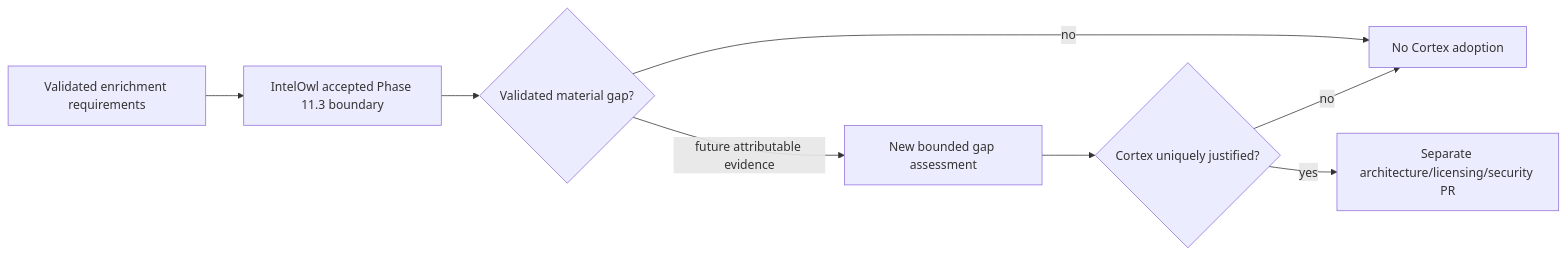
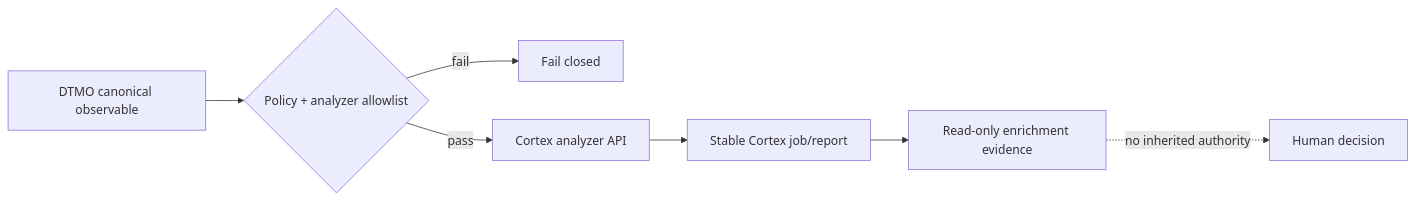
The diagram in docs/project/CURRENT_STATE.md (GJvManen/dtmo), drawn with Mermaid before and after one commit. The commit also changed other lines of this file, not shown here.

Commit message:
Phase 11.7A: activate bounded Cortex connector re-entry

````diff
--- a/docs/project/CURRENT_STATE.md
+++ b/docs/project/CURRENT_STATE.md
@@ -46,10 +45,9 @@
 ```mermaid
 flowchart LR
-    R[Validated enrichment requirements] --> I[IntelOwl accepted Phase 11.3 boundary]
-    I --> G{Validated material gap?}
-    G -->|no| N[No Cortex adoption]
-    G -->|future attributable evidence| A[New bounded gap assessment]
-    A --> C{Cortex uniquely justified?}
-    C -->|yes| P[Separate architecture/licensing/security PR]
-    C -->|no| N
+    D[DTMO canonical observable] --> P{Policy + analyzer allowlist}
+    P -->|fail| X[Fail closed]
+    P -->|pass| C[Cortex analyzer API]
+    C --> J[Stable Cortex job/report]
+    J --> E[Read-only enrichment evidence]
+    E -. no inherited authority .-> H[Human decision]
 ```
````
